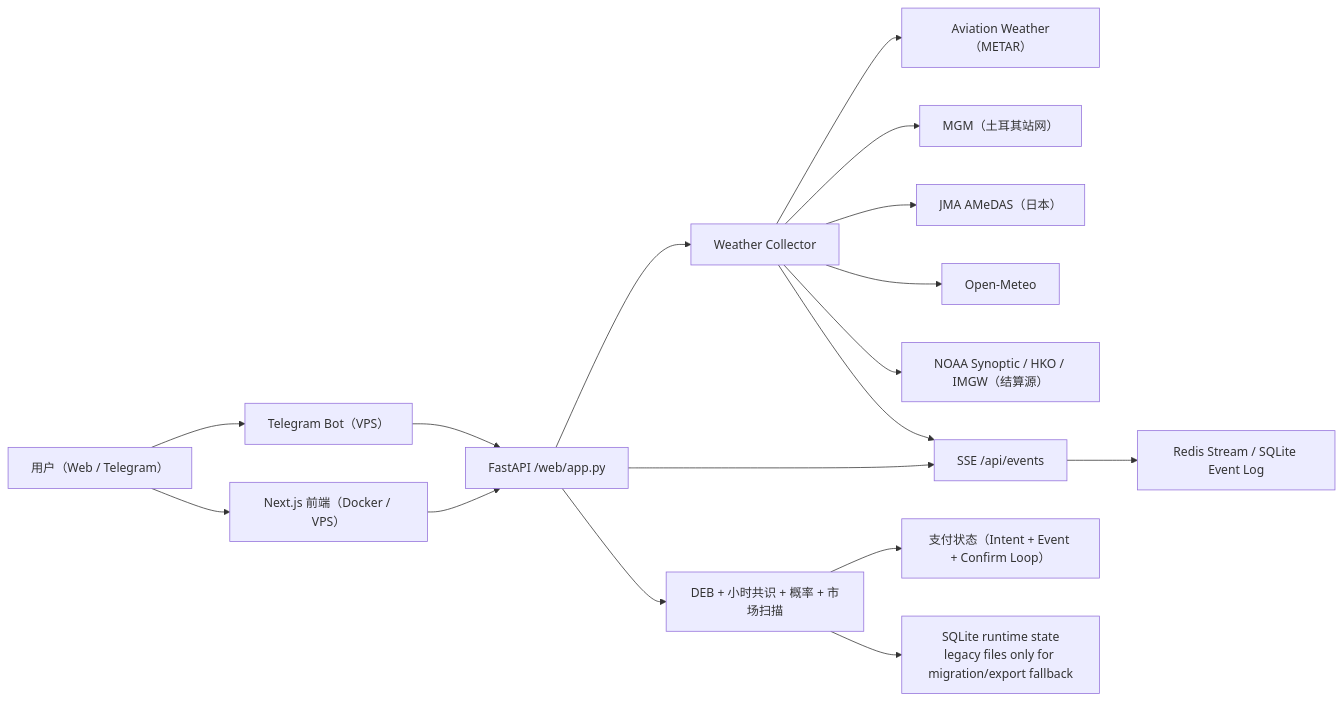
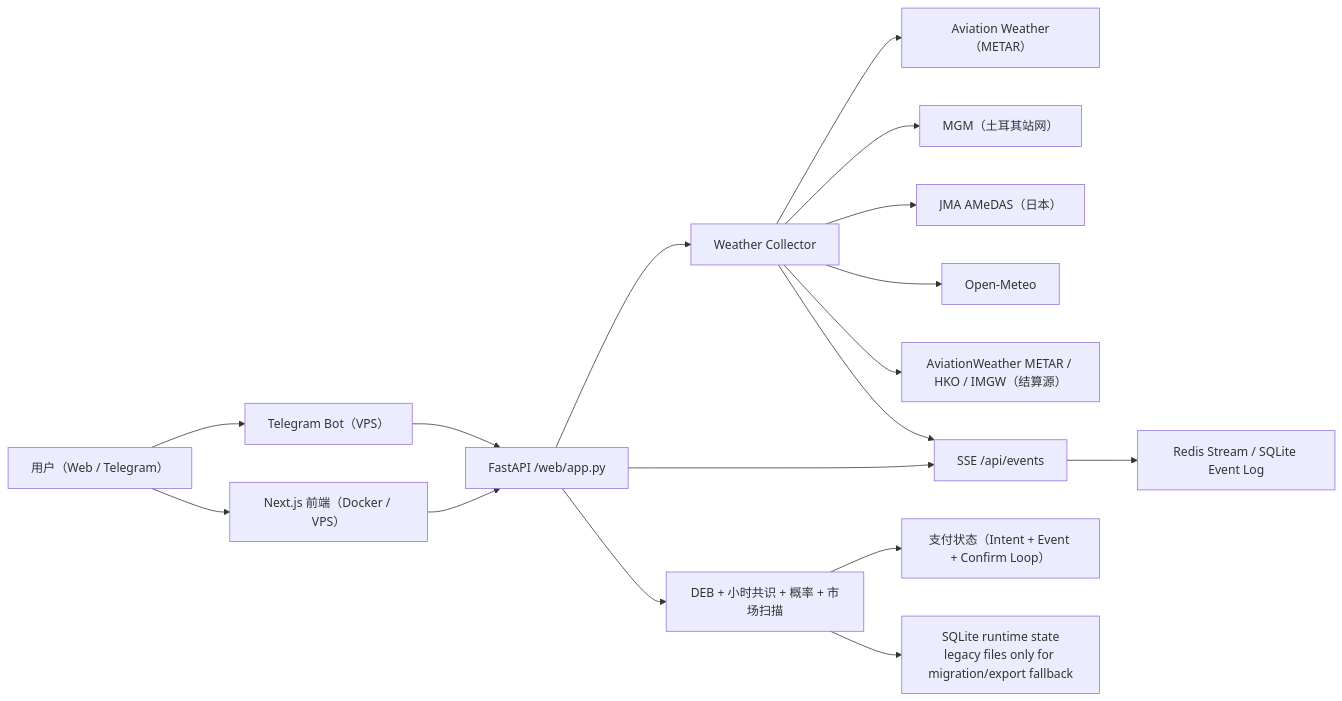
One commit to birhantprkc/PolyWeather changed the diagram in README_ZH.md. Above: the diagram before and after it, drawn with Mermaid. The commit also changed other lines of this file and 18 other files, not shown here.

````diff
--- a/README_ZH.md
+++ b/README_ZH.md
@@ -77,21 +82,21 @@
 ```mermaid
 flowchart LR
     U["用户（Web / Telegram）"] --> FE["Next.js 前端（Docker / VPS）"]
     U --> BOT["Telegram Bot（VPS）"]
     FE --> API["FastAPI /web/app.py"]
     BOT --> API
 
     API --> WX["Weather Collector"]
     WX --> METAR["Aviation Weather（METAR）"]
     WX --> MGM["MGM（土耳其站网）"]
     WX --> JMA["JMA AMeDAS（日本）"]
     WX --> OM["Open-Meteo"]
-    WX --> SETTLE["NOAA Synoptic / HKO / IMGW（结算源）"]
+    WX --> SETTLE["AviationWeather METAR / HKO / IMGW（结算源）"]
 
     API --> ANA["DEB + 小时共识 + 概率 + 市场扫描"]
     API --> SSE["SSE /api/events"]
     WX --> SSE
     SSE --> EVENT["Redis Stream / SQLite Event Log"]
     ANA --> PAY["支付状态（Intent + Event + Confirm Loop）"]
     ANA --> STATE["SQLite runtime state<br/>legacy files only for migration/export fallback"]
 ```
````
